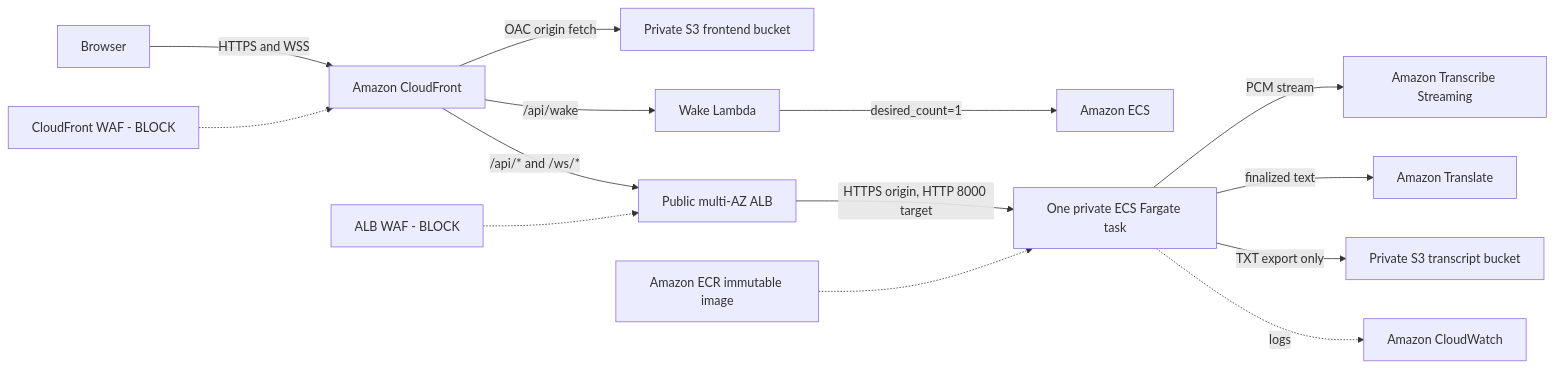
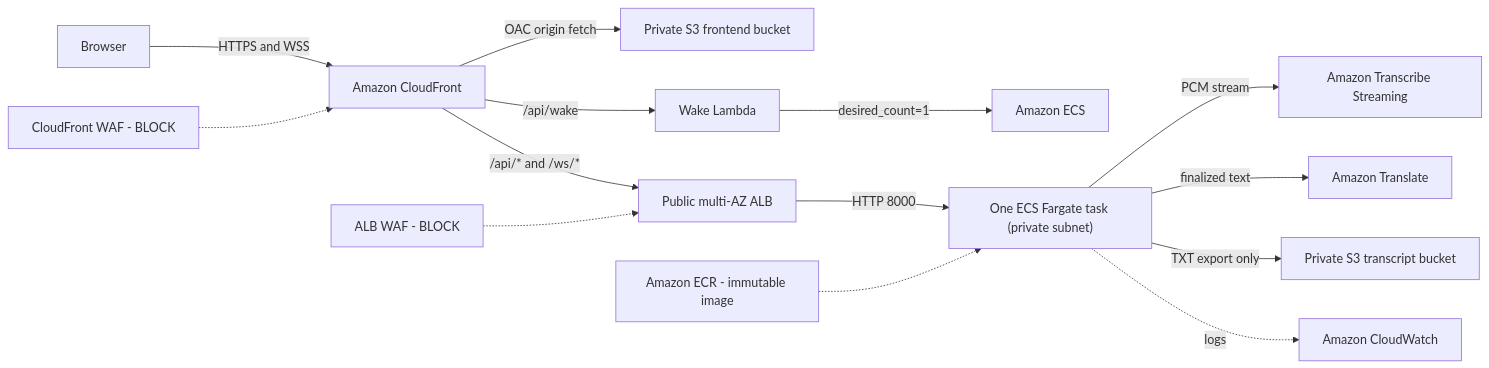
The diagram in content/5-Workshop/5.1-Workshop-overview/_index.md (9ducanh9/fcj-workshop-template), drawn with Mermaid before and after one commit. The commit also changed other lines of this file and 44 other files, not shown here.

````diff
--- a/content/5-Workshop/5.1-Workshop-overview/_index.md
+++ b/content/5-Workshop/5.1-Workshop-overview/_index.md
@@ -29,16 +67,16 @@
 ```mermaid
 flowchart LR
   Browser["Browser"] -->|HTTPS and WSS| CF["Amazon CloudFront"]
   WAF["CloudFront WAF - BLOCK"] -.-> CF
   CF -->|OAC origin fetch| Frontend["Private S3 frontend bucket"]
   CF -->|/api/wake| Wake["Wake Lambda"]
   Wake -->|desired_count=1| ECS["Amazon ECS"]
   CF -->|/api/* and /ws/*| ALB["Public multi-AZ ALB"]
   ALBWAF["ALB WAF - BLOCK"] -.-> ALB
-  ALB -->|HTTPS origin, HTTP 8000 target| Task["One private ECS Fargate task"]
-  ECR["Amazon ECR immutable image"] -.-> Task
+  ALB -->|HTTP 8000| Task["One ECS Fargate task (private subnet)"]
+  ECR["Amazon ECR - immutable image"] -.-> Task
   Task -->|PCM stream| Transcribe["Amazon Transcribe Streaming"]
   Task -->|finalized text| Translate["Amazon Translate"]
   Task -->|TXT export only| Transcript["Private S3 transcript bucket"]
   Task -.->|logs| CW["Amazon CloudWatch"]
 ```
````
